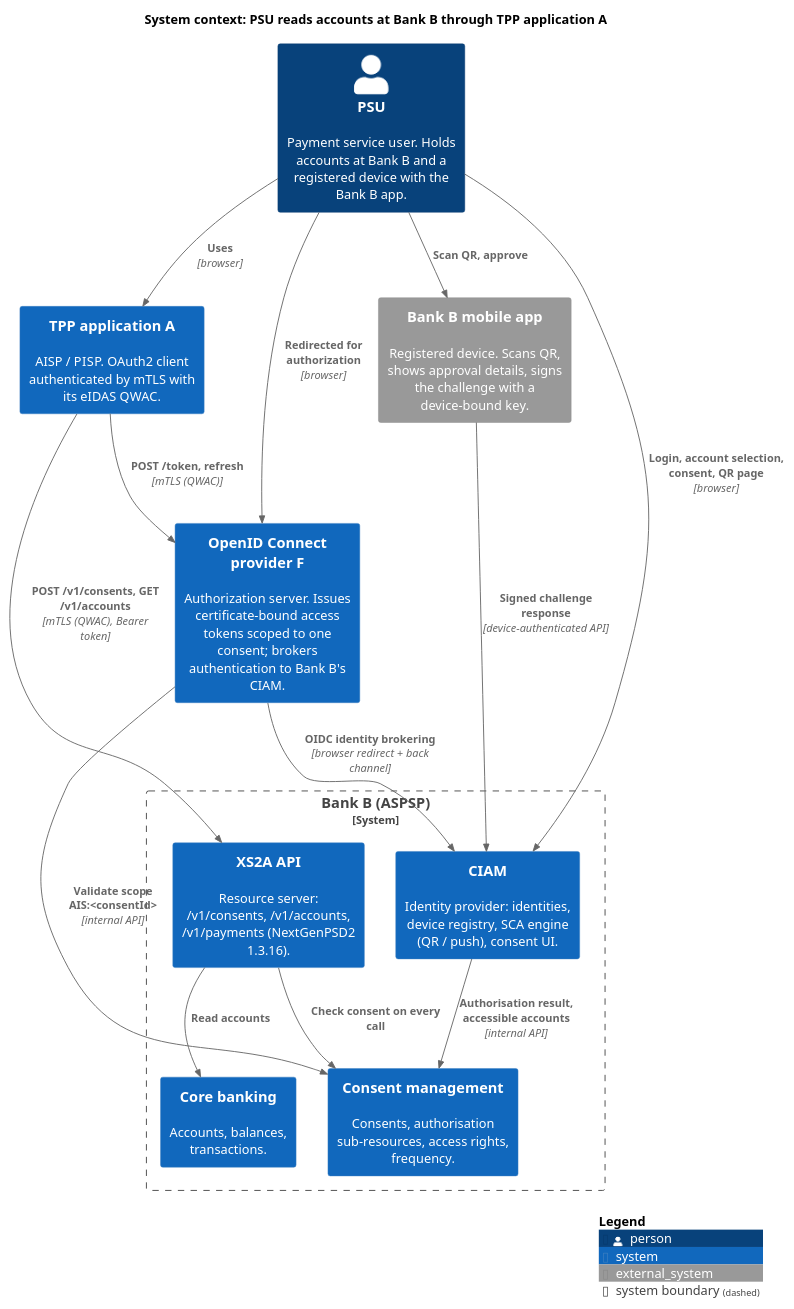
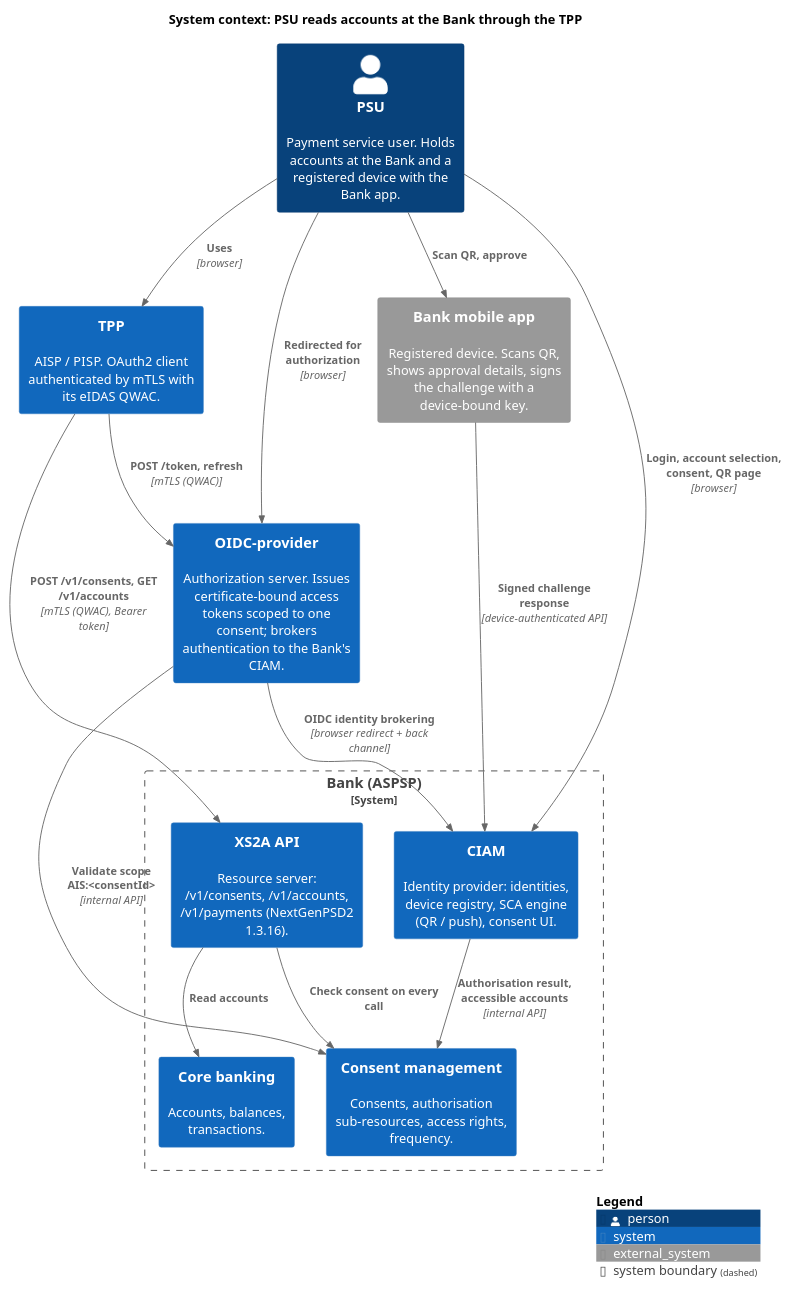
Before and after one commit to vondacho/psd2-sandbox: the diagram in docs/design/puml/01-context.puml, drawn with PlantUML. The commit also changed 149 other files, not shown here.

Commit message:
first user journey and system design - iteration 3

```diff
--- a/docs/design/puml/01-context.puml
+++ b/docs/design/puml/01-context.puml
@@ -1,34 +1,34 @@
 @startuml 01-context
 ' System context: PSU account-list journey (C4 level 1)
 !include <C4/C4_Context>
 
-title System context: PSU reads accounts at Bank B through TPP application A
+title System context: PSU reads accounts at the Bank through the TPP
 
-Person(psu, "PSU", "Payment service user. Holds accounts at Bank B and a registered device with the Bank B app.")
+Person(psu, "PSU", "Payment service user. Holds accounts at the Bank and a registered device with the Bank app.")
 
-System(tppA, "TPP application A", "AISP / PISP. OAuth2 client authenticated by mTLS with its eIDAS QWAC.")
-System(oidcF, "OpenID Connect provider F", "Authorization server. Issues certificate-bound access tokens scoped to one consent; brokers authentication to Bank B's CIAM.")
+System(tpp, "TPP", "AISP / PISP. OAuth2 client authenticated by mTLS with its eIDAS QWAC.")
+System(oidcProvider, "OIDC-provider", "Authorization server. Issues certificate-bound access tokens scoped to one consent; brokers authentication to the Bank's CIAM.")
 
-System_Boundary(bankB, "Bank B (ASPSP)") {
+System_Boundary(bank, "Bank (ASPSP)") {
   System(xs2a, "XS2A API", "Resource server: /v1/consents, /v1/accounts, /v1/payments (NextGenPSD2 1.3.16).")
   System(ciam, "CIAM", "Identity provider: identities, device registry, SCA engine (QR / push), consent UI.")
   System(consent, "Consent management", "Consents, authorisation sub-resources, access rights, frequency.")
   System(core, "Core banking", "Accounts, balances, transactions.")
 }
-System_Ext(app, "Bank B mobile app", "Registered device. Scans QR, shows approval details, signs the challenge with a device-bound key.")
+System_Ext(app, "Bank mobile app", "Registered device. Scans QR, shows approval details, signs the challenge with a device-bound key.")
 
-Rel(psu, tppA, "Uses", "browser")
-Rel(tppA, xs2a, "POST /v1/consents, GET /v1/accounts", "mTLS (QWAC), Bearer token")
-Rel(tppA, oidcF, "POST /token, refresh", "mTLS (QWAC)")
-Rel(psu, oidcF, "Redirected for authorization", "browser")
-Rel(oidcF, ciam, "OIDC identity brokering", "browser redirect + back channel")
-Rel(oidcF, consent, "Validate scope AIS:<consentId>", "internal API")
+Rel(psu, tpp, "Uses", "browser")
+Rel(tpp, xs2a, "POST /v1/consents, GET /v1/accounts", "mTLS (QWAC), Bearer token")
+Rel(tpp, oidcProvider, "POST /token, refresh", "mTLS (QWAC)")
+Rel(psu, oidcProvider, "Redirected for authorization", "browser")
+Rel(oidcProvider, ciam, "OIDC identity brokering", "browser redirect + back channel")
+Rel(oidcProvider, consent, "Validate scope AIS:<consentId>", "internal API")
 Rel(psu, ciam, "Login, account selection, consent, QR page", "browser")
 Rel(psu, app, "Scan QR, approve")
 Rel(app, ciam, "Signed challenge response", "device-authenticated API")
 Rel(ciam, consent, "Authorisation result, accessible accounts", "internal API")
 Rel(xs2a, consent, "Check consent on every call")
 Rel(xs2a, core, "Read accounts")
 
 SHOW_LEGEND()
 @enduml
```
